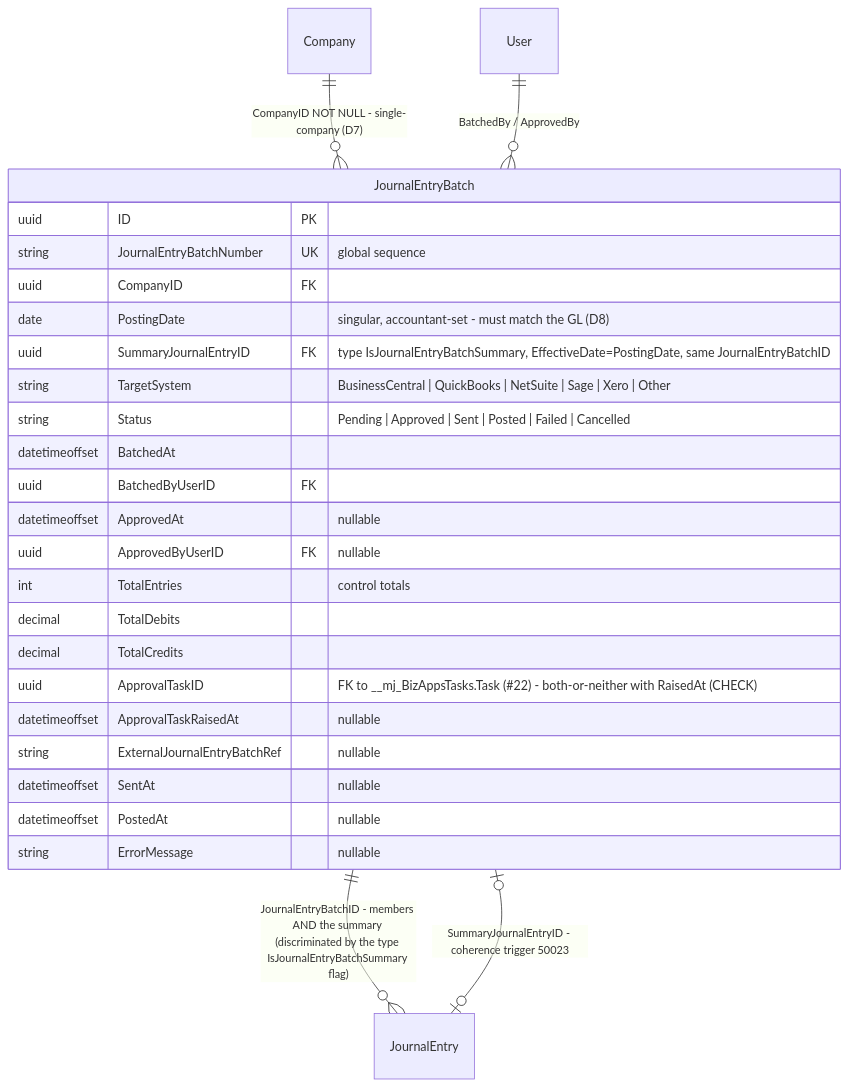
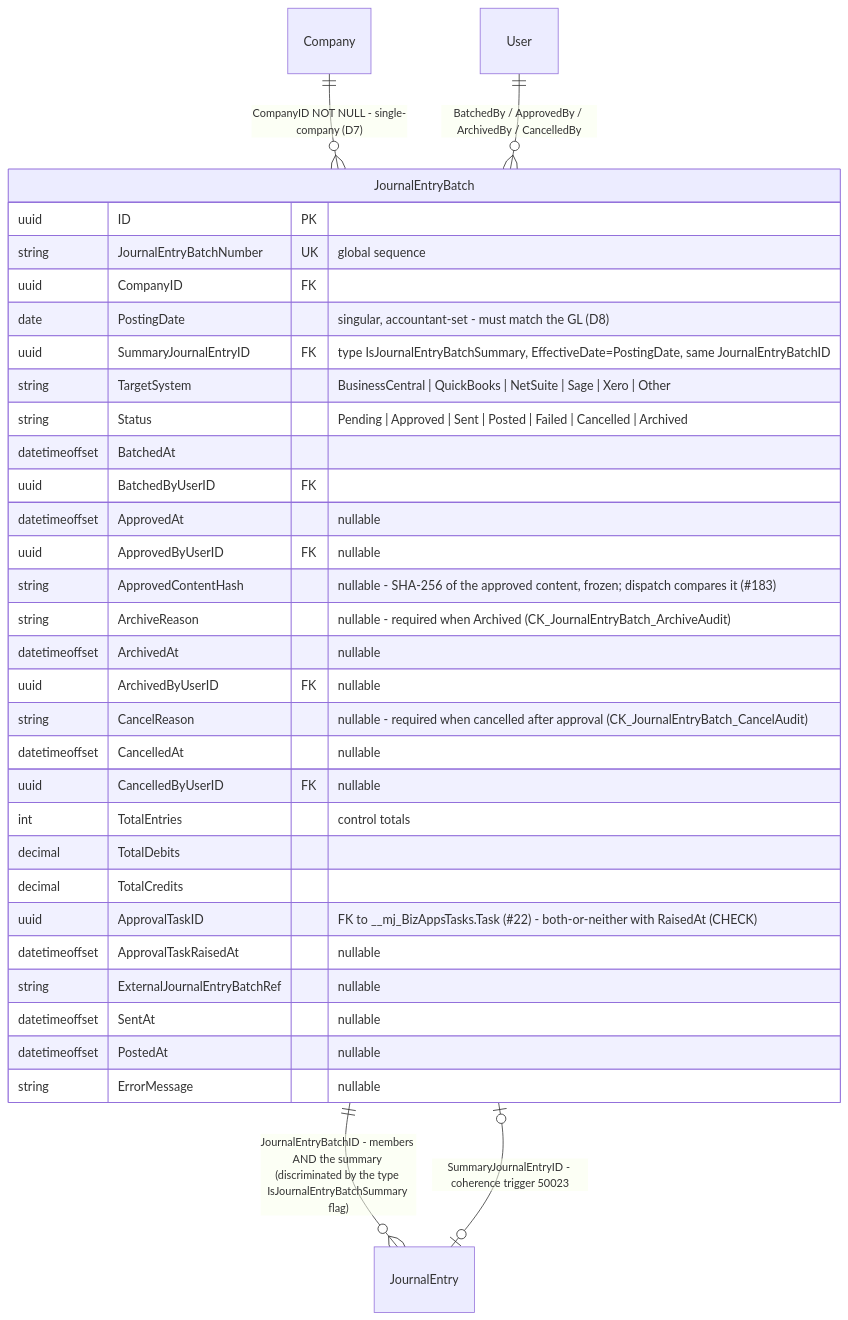
Before and after one commit to MemberJunction/bizapps-accounting: the eighth of 13 diagrams in docs/bizapps-accounting-erd.md, drawn with Mermaid. The commit also changed other lines of this file and 23 other files, not shown here.

````diff
--- a/docs/bizapps-accounting-erd.md
+++ b/docs/bizapps-accounting-erd.md
@@ -721,30 +728,37 @@
 ```mermaid
 erDiagram
     Company ||--o{ JournalEntryBatch : "CompanyID NOT NULL - single-company (D7)"
     JournalEntryBatch ||--o{ JournalEntry : "JournalEntryBatchID - members AND the summary (discriminated by the type IsJournalEntryBatchSummary flag)"
     JournalEntryBatch |o--o| JournalEntry : "SummaryJournalEntryID - coherence trigger 50023"
-    User ||--o{ JournalEntryBatch : "BatchedBy / ApprovedBy"
+    User ||--o{ JournalEntryBatch : "BatchedBy / ApprovedBy / ArchivedBy / CancelledBy"
 
     JournalEntryBatch {
         uuid ID PK
         string JournalEntryBatchNumber UK "global sequence"
         uuid CompanyID FK
         date PostingDate "singular, accountant-set - must match the GL (D8)"
         uuid SummaryJournalEntryID FK "type IsJournalEntryBatchSummary, EffectiveDate=PostingDate, same JournalEntryBatchID"
         string TargetSystem "BusinessCentral | QuickBooks | NetSuite | Sage | Xero | Other"
-        string Status "Pending | Approved | Sent | Posted | Failed | Cancelled"
+        string Status "Pending | Approved | Sent | Posted | Failed | Cancelled | Archived"
         datetimeoffset BatchedAt
         uuid BatchedByUserID FK
         datetimeoffset ApprovedAt "nullable"
         uuid ApprovedByUserID FK "nullable"
+        string ApprovedContentHash "nullable - SHA-256 of the approved content, frozen; dispatch compares it (#183)"
+        string ArchiveReason "nullable - required when Archived (CK_JournalEntryBatch_ArchiveAudit)"
+        datetimeoffset ArchivedAt "nullable"
+        uuid ArchivedByUserID FK "nullable"
+        string CancelReason "nullable - required when cancelled after approval (CK_JournalEntryBatch_CancelAudit)"
+        datetimeoffset CancelledAt "nullable"
+        uuid CancelledByUserID FK "nullable"
         int TotalEntries "control totals"
         decimal TotalDebits
         decimal TotalCredits
         uuid ApprovalTaskID "FK to __mj_BizAppsTasks.Task (#22) - both-or-neither with RaisedAt (CHECK)"
         datetimeoffset ApprovalTaskRaisedAt "nullable"
         string ExternalJournalEntryBatchRef "nullable"
         datetimeoffset SentAt "nullable"
         datetimeoffset PostedAt "nullable"
         string ErrorMessage "nullable"
     }
 ```
````
